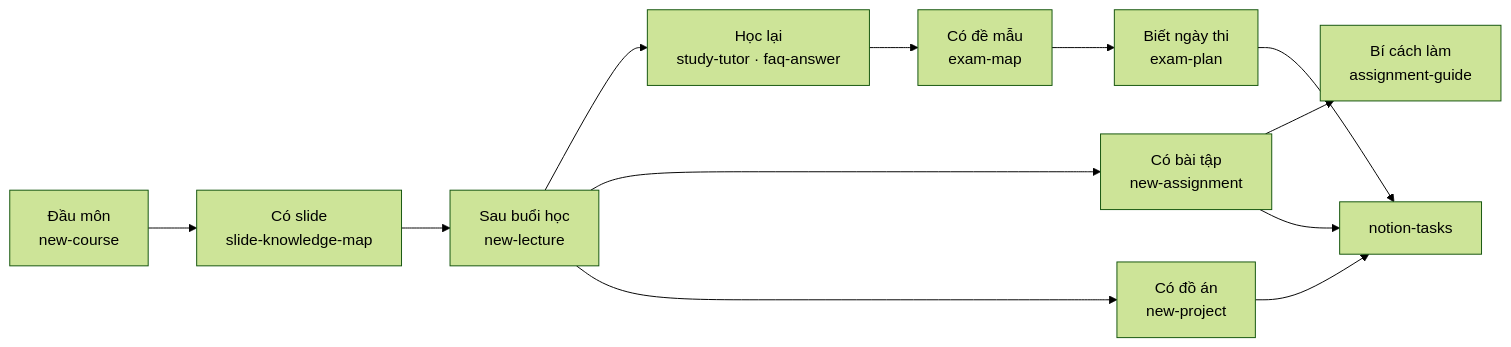
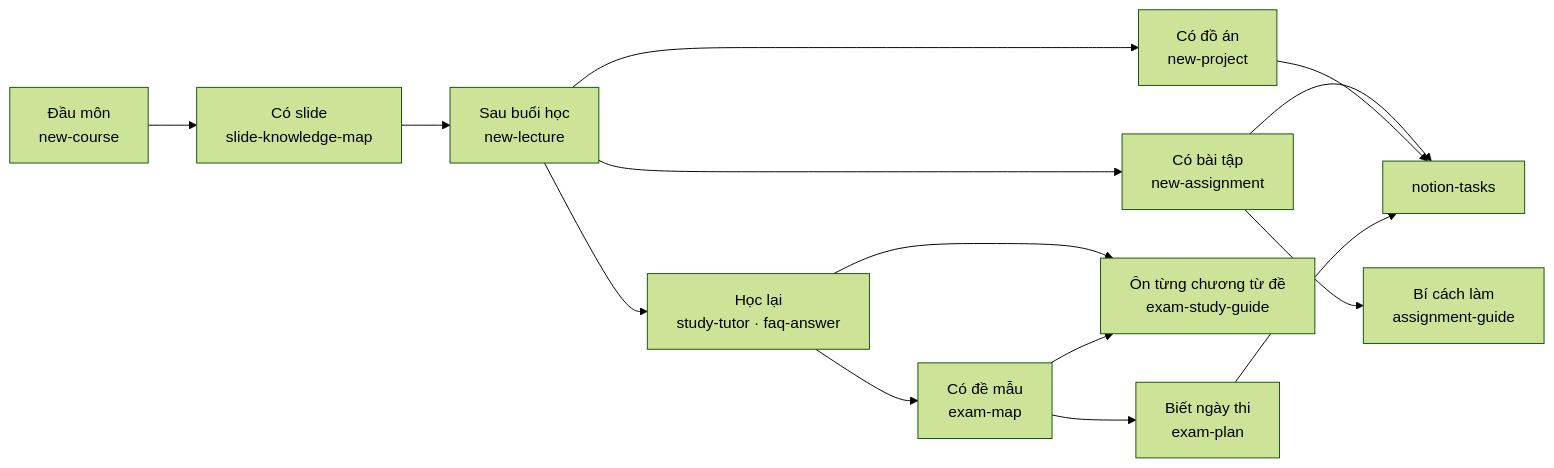
Before and after one commit to papercoding22/scientia-academica: the diagram in SKILLS.md, drawn with Mermaid (forest theme). The commit also changed other lines of this file and 3 other files, not shown here.

Commit message:
skills: thêm exam-study-guide để ôn từng chương từ đề mẫu

````diff
--- a/SKILLS.md
+++ b/SKILLS.md
@@ -31,14 +32,16 @@
 ```mermaid
 flowchart LR
   A[Đầu môn<br/>new-course] --> B[Có slide<br/>slide-knowledge-map]
   B --> C[Sau buổi học<br/>new-lecture]
   C --> D[Học lại<br/>study-tutor · faq-answer]
   C --> E[Có bài tập<br/>new-assignment]
   E --> F[Bí cách làm<br/>assignment-guide]
   E --> N[notion-tasks]
   C --> P[Có đồ án<br/>new-project]
   P --> N
   D --> G[Có đề mẫu<br/>exam-map]
+  D --> H[Ôn từng chương từ đề<br/>exam-study-guide]
+  G --> H
   G --> X[Biết ngày thi<br/>exam-plan]
   X --> N
 ```
````
